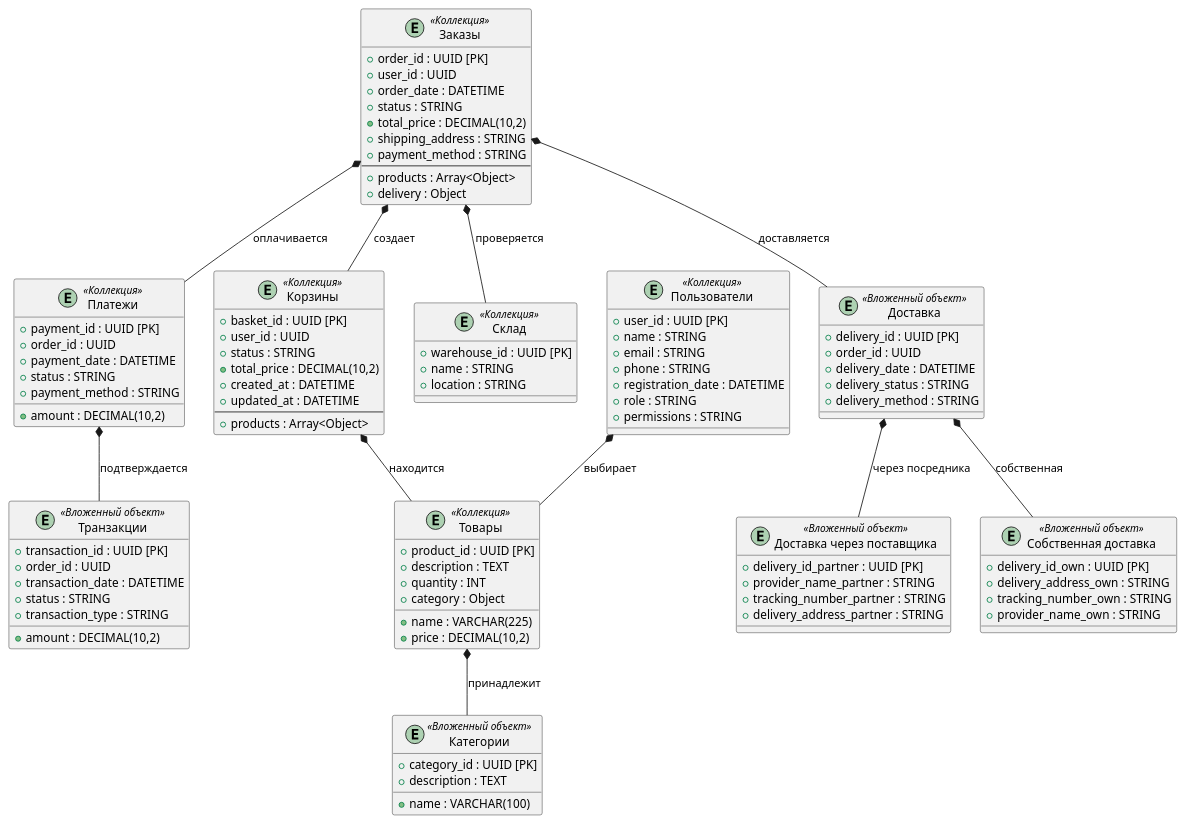
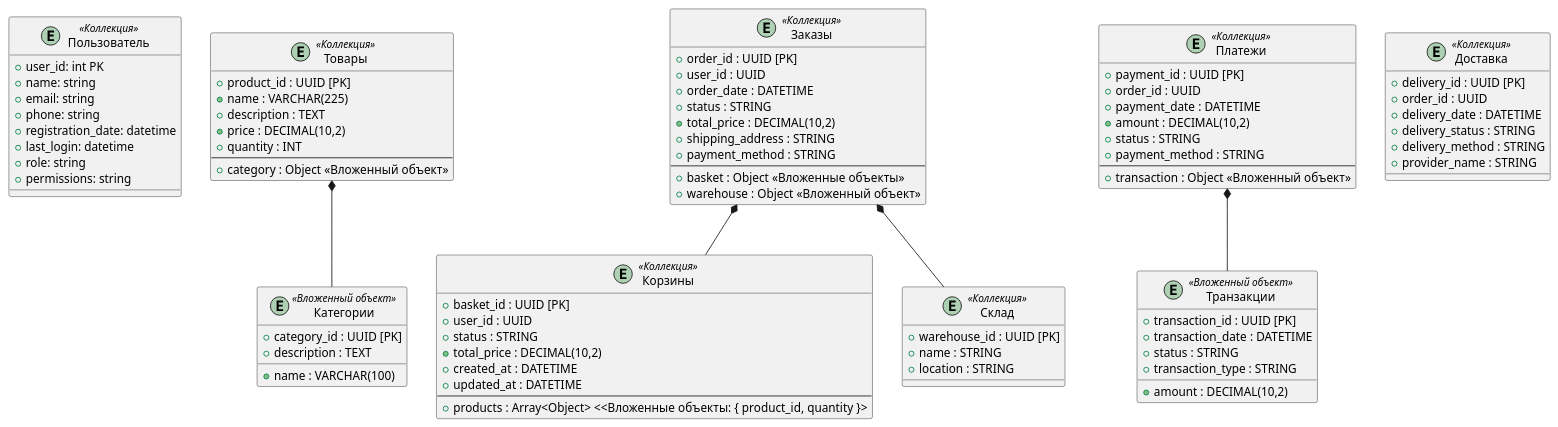
The diagram in DB_task_2/ER_NoSQL.puml (Lyudmila-55/Levchenko_analytics_practice), drawn with PlantUML before and after one commit. The commit also changed 1 other file, not shown here.

Commit message:
change chart 6/0

```diff
--- a/DB_task_2/ER_NoSQL.puml
+++ b/DB_task_2/ER_NoSQL.puml
@@ -1,108 +1,92 @@
 @startuml
+entity "Пользователь" as Users <<Коллекция>> {
+  + user_id: int PK
+  + name: string
+  + email: string
+  + phone: string
+  + registration_date: datetime
+  + last_login: datetime
+  + role: string  
+  + permissions: string 
+}
+
 entity "Товары" as Products <<Коллекция>> {
     + product_id : UUID [PK]
     + name : VARCHAR(225)
     + description : TEXT
     + price : DECIMAL(10,2)
     + quantity : INT
-    + category : Object  
+    --
+    + category : Object <<Вложенный объект>> 
 }
 
 entity "Категории" as Categories <<Вложенный объект>> {
     + category_id : UUID [PK]
     + name : VARCHAR(100)
     + description : TEXT
 }
 
 entity "Корзины" as Baskets <<Коллекция>> {
     + basket_id : UUID [PK]
     + user_id : UUID
     + status : STRING
     + total_price : DECIMAL(10,2)
     + created_at : DATETIME
     + updated_at : DATETIME
     --
-    + products : Array<Object> 
+    + products : Array<Object> <<Вложенные объекты: { product_id, quantity }>
 }
 
 entity "Заказы" as Orders <<Коллекция>> {
     + order_id : UUID [PK]
     + user_id : UUID
     + order_date : DATETIME
     + status : STRING
     + total_price : DECIMAL(10,2)
     + shipping_address : STRING
     + payment_method : STRING
     --
-    + products : Array<Object>  
-    + delivery : Object  
-}
-
-entity "Транзакции" as Transactions <<Вложенный объект>> {
-    + transaction_id : UUID [PK]
-    + order_id : UUID
-    + transaction_date : DATETIME
-    + amount : DECIMAL(10,2)
-    + status : STRING
-    + transaction_type : STRING
+    + basket : Object <<Вложенные объекты>>
+    + warehouse : Object <<Вложенный объект>>
 }
 
 entity "Платежи" as Payments <<Коллекция>> {
     + payment_id : UUID [PK]
     + order_id : UUID
     + payment_date : DATETIME
     + amount : DECIMAL(10,2)
     + status : STRING
     + payment_method : STRING
+    --
+    + transaction : Object <<Вложенный объект>>
+}
+
+entity "Транзакции" as Transactions <<Вложенный объект>> {
+    + transaction_id : UUID [PK]
+    + transaction_date : DATETIME
+    + amount : DECIMAL(10,2)
+    + status : STRING
+    + transaction_type : STRING
+}
+
+entity "Доставка" as Delivery <<Коллекция>> {
+    + delivery_id : UUID [PK]
+    + order_id : UUID
+    + delivery_date : DATETIME
+    + delivery_status : STRING
+    + delivery_method : STRING
+    + provider_name : STRING
 }
 
 entity "Склад" as Warehouse <<Коллекция>> {
     + warehouse_id : UUID [PK]
     + name : STRING
     + location : STRING
 }
 
-entity "Пользователи" as Users <<Коллекция>> {
-    + user_id : UUID [PK]
-    + name : STRING
-    + email : STRING
-    + phone : STRING
-    + registration_date : DATETIME
-    + role : STRING  
-    + permissions : STRING 
-}
-
-entity "Доставка" as Delivery <<Вложенный объект>> {
-    + delivery_id : UUID [PK]
-    + order_id : UUID
-    + delivery_date : DATETIME
-    + delivery_status : STRING 
-    + delivery_method : STRING
-}
-
-entity "Собственная доставка" as OwnDelivery <<Вложенный объект>> {
-    + delivery_id_own : UUID [PK]
-    + delivery_address_own : STRING
-    + tracking_number_own : STRING
-    + provider_name_own : STRING 
-}
-
-entity "Доставка через поставщика" as PartnerDelivery <<Вложенный объект>> {
-    + delivery_id_partner : UUID [PK]
-    + provider_name_partner : STRING 
-    + tracking_number_partner : STRING 
-    + delivery_address_partner : STRING
-}
-
-Users *-- Products : выбирает
-Products *-- Categories : принадлежит
-Baskets *-- Products : находится
-Orders *-- Baskets : создает
-Orders *-- Warehouse : проверяется
-Orders *-- Payments : оплачивается
-Payments *-- Transactions : подтверждается
-Orders *-- Delivery : доставляется
-Delivery *-- OwnDelivery : собственная
-Delivery *-- PartnerDelivery : через посредника
+Products *-- Categories 
+Payments *-- Transactions  
+Orders *-- Warehouse 
+Orders *-- Baskets 
 
 @enduml
```
